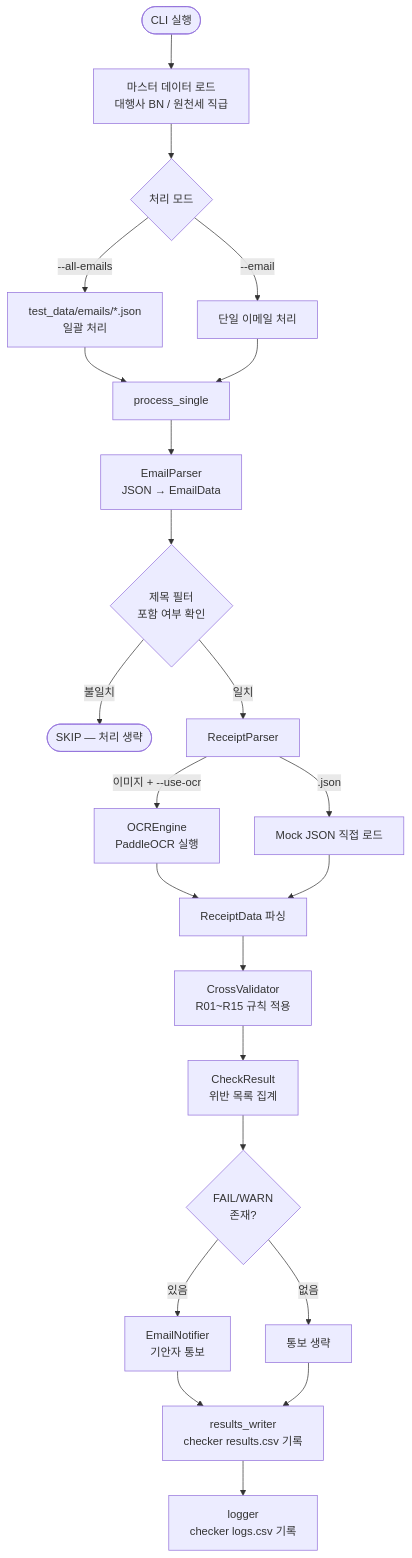
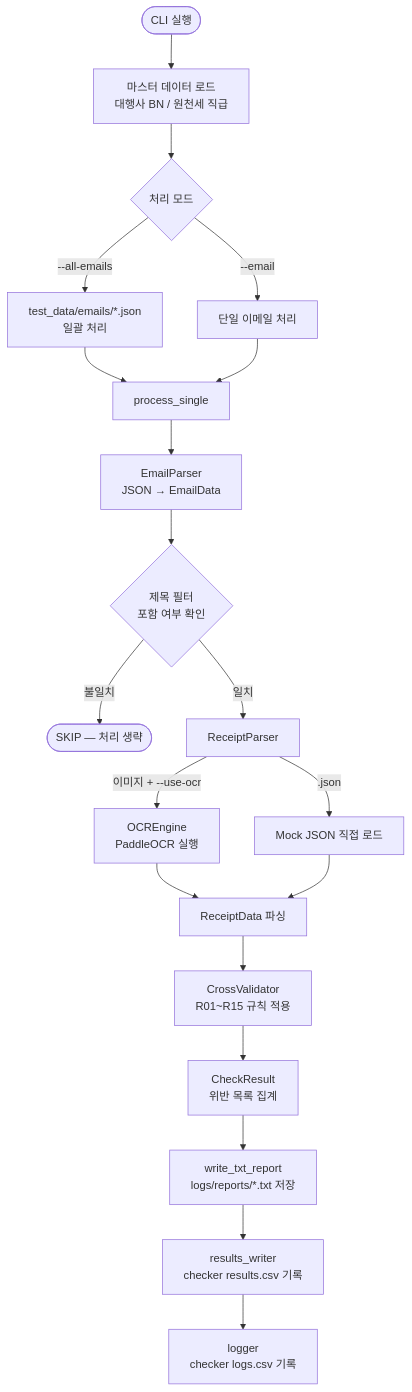
The first of 2 diagrams in docs/GUIDE.md (chanwookkim79/CreditCardVerifier), drawn with Mermaid before and after one commit. The commit also changed other lines of this file, not shown here.

First line of the commit message:
docs: GUIDE.md 이메일 통보 → TXT 리포트 저장으로 전면 수정

````diff
--- a/docs/GUIDE.md
+++ b/docs/GUIDE.md
@@ -147,31 +147,27 @@
 ```mermaid
 flowchart TD
     A([CLI 실행]) --> B[마스터 데이터 로드\n대행사 BN / 원천세 직급]
     B --> C{처리 모드}
 
     C -->|--all-emails| D[test_data/emails/*.json\n일괄 처리]
     C -->|--email| E[단일 이메일 처리]
     D --> F[process_single]
     E --> F
 
     F --> G[EmailParser\nJSON → EmailData]
     G --> H{제목 필터\n포함 여부 확인}
     H -->|불일치| SKIP([SKIP — 처리 생략])
     H -->|일치| I[ReceiptParser]
 
     I -->|.json| J[Mock JSON 직접 로드]
     I -->|이미지 + --use-ocr| K[OCREngine\nPaddleOCR 실행]
     K --> L[ReceiptData 파싱]
     J --> L
 
     L --> M[CrossValidator\nR01~R15 규칙 적용]
     M --> N[CheckResult\n위반 목록 집계]
 
-    N --> O{FAIL/WARN\n존재?}
-    O -->|있음| P[EmailNotifier\n기안자 통보]
-    O -->|없음| Q[통보 생략]
-
+    N --> P[write_txt_report\nlogs/reports/*.txt 저장]
     P --> R[results_writer\nchecker results.csv 기록]
-    Q --> R
     R --> S[logger\nchecker logs.csv 기록]
 ```
````
